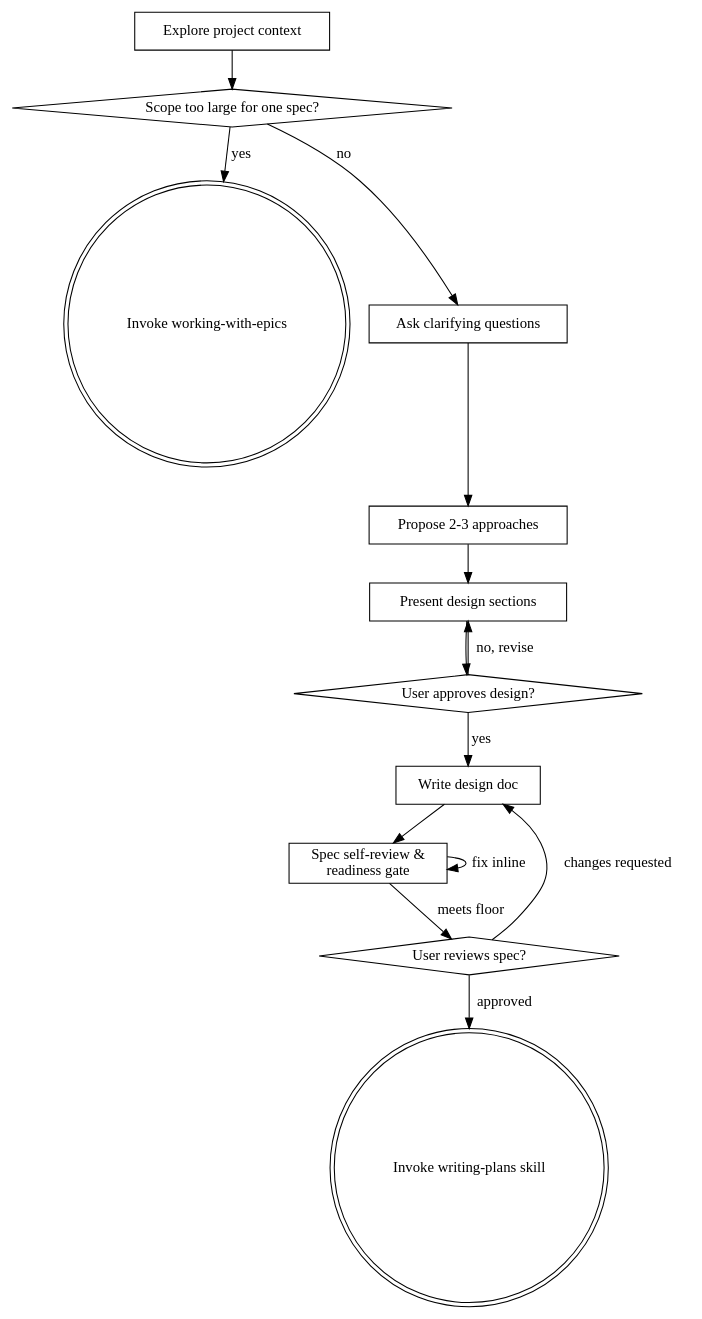
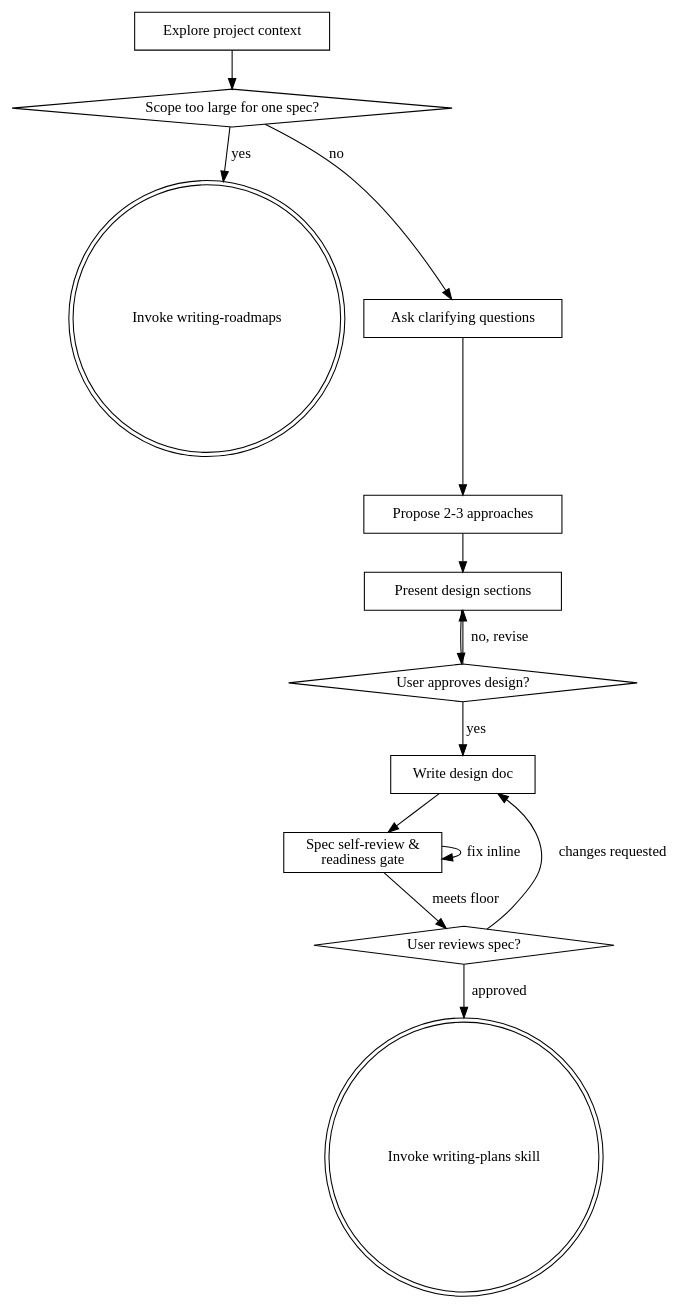
The diagram in .agents/skills/brainstorming/SKILL.md (HarleyBartles/adventures-of-patch), drawn with Graphviz before and after one commit. The commit also changed other lines of this file and 15 other files, not shown here.

````diff
--- a/.agents/skills/brainstorming/SKILL.md
+++ b/.agents/skills/brainstorming/SKILL.md
@@ -63,29 +63,29 @@
 ```dot
 digraph brainstorming {
     "Explore project context" [shape=box];
     "Scope too large for one spec?" [shape=diamond];
-    "Invoke working-with-epics" [shape=doublecircle];
+    "Invoke writing-roadmaps" [shape=doublecircle];
     "Ask clarifying questions" [shape=box];
     "Propose 2-3 approaches" [shape=box];
     "Present design sections" [shape=box];
     "User approves design?" [shape=diamond];
     "Write design doc" [shape=box];
     "Spec self-review &\nreadiness gate" [shape=box];
     "User reviews spec?" [shape=diamond];
     "Invoke writing-plans skill" [shape=doublecircle];
 
     "Explore project context" -> "Scope too large for one spec?";
-    "Scope too large for one spec?" -> "Invoke working-with-epics" [label="yes"];
+    "Scope too large for one spec?" -> "Invoke writing-roadmaps" [label="yes"];
     "Scope too large for one spec?" -> "Ask clarifying questions" [label="no"];
     "Ask clarifying questions" -> "Propose 2-3 approaches";
     "Propose 2-3 approaches" -> "Present design sections";
     "Present design sections" -> "User approves design?";
     "User approves design?" -> "Present design sections" [label="no, revise"];
     "User approves design?" -> "Write design doc" [label="yes"];
     "Write design doc" -> "Spec self-review &\nreadiness gate";
     "Spec self-review &\nreadiness gate" -> "Spec self-review &\nreadiness gate" [label="fix inline"];
     "Spec self-review &\nreadiness gate" -> "User reviews spec?" [label="meets floor"];
     "User reviews spec?" -> "Write design doc" [label="changes requested"];
     "User reviews spec?" -> "Invoke writing-plans skill" [label="approved"];
 }
 ```
````
